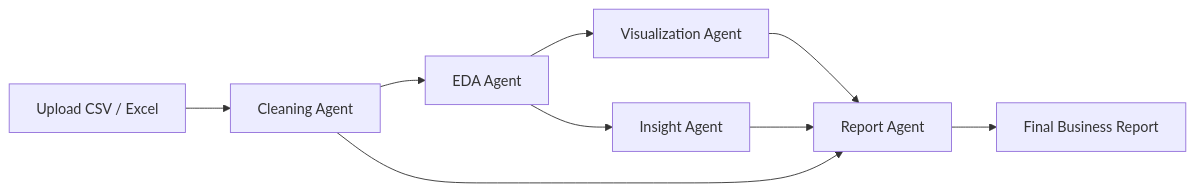
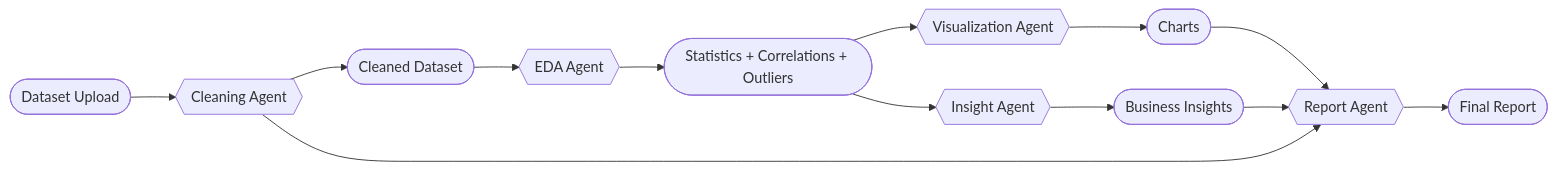
The diagram in README.md (shiv9918/Auto-Data-Analyst), drawn with Mermaid before and after one commit. The commit also changed other lines of this file, not shown here.

````diff
--- a/README.md
+++ b/README.md
@@ -41,11 +45,15 @@
 ```mermaid
 flowchart LR
-    A[Upload CSV / Excel] --> B[Cleaning Agent]
-    B --> C[EDA Agent]
-    C --> D[Visualization Agent]
-    C --> E[Insight Agent]
-    D --> F[Report Agent]
-    E --> F
-    B --> F
-    F --> G[Final Business Report]
+    A([Dataset Upload]) --> B{{Cleaning Agent}}
+    B --> C([Cleaned Dataset])
+    C --> D{{EDA Agent}}
+    D --> E([Statistics + Correlations + Outliers])
+    E --> F{{Visualization Agent}}
+    E --> G{{Insight Agent}}
+    F --> H([Charts])
+    G --> I([Business Insights])
+    H --> J{{Report Agent}}
+    I --> J
+    B --> J
+    J --> K([Final Report])
 ```
````
